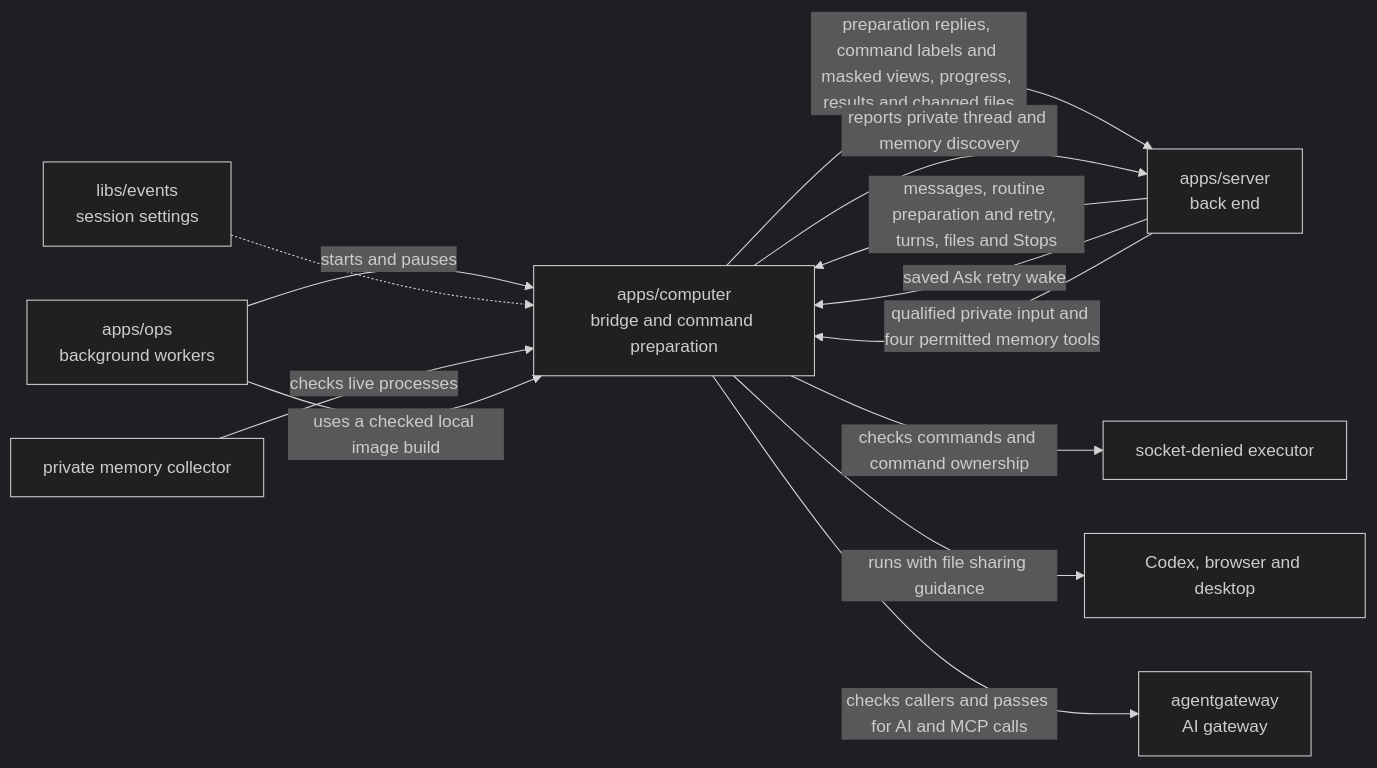
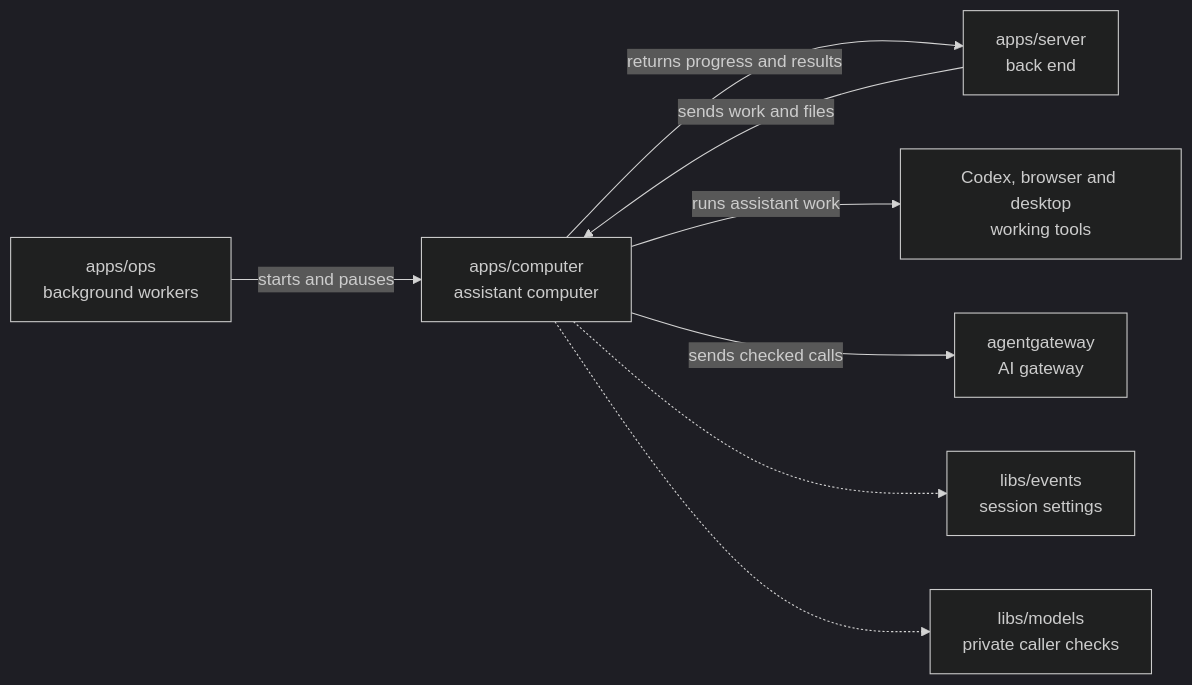
The diagram in apps/computer/README.md (elewa-git/opencrane-new), drawn with Mermaid (dark theme) before and after one commit. The commit also changed other lines of this file and 11 other files, not shown here.

````diff
--- a/apps/computer/README.md
+++ b/apps/computer/README.md
@@ -16,16 +18,10 @@
 ```mermaid
 flowchart LR
-  computer["apps/computer<br/>bridge and command preparation"]
-  ops["apps/ops<br/>background workers"] -->|starts and pauses| computer
-  server["apps/server<br/>back end"] -->|messages, routine preparation and retry, turns, files and Stops| computer
-  server -->|saved Ask retry wake| computer
-  computer -->|preparation replies, command labels and masked views, progress, results and changed files| server
-  settings["libs/events<br/>session settings"] -.-> computer
-  server -->|qualified private input and four permitted memory tools| computer
-  computer -->|reports private thread and memory discovery| server
-  computer -->|checks commands and command ownership| executor["socket-denied executor"]
-  computer -->|runs with file sharing guidance| desktop["Codex, browser and desktop"]
-  computer -->|checks callers and passes for AI and MCP calls| gateway["agentgateway<br/>AI gateway"]
-  collector["private memory collector"] -->|checks live processes| computer
-  ops -->|uses a checked local image build| computer
+  ops["apps/ops<br/>background workers"] -->|starts and pauses| computer["apps/computer<br/>assistant computer"]
+  server["apps/server<br/>back end"] -->|sends work and files| computer
+  computer -->|returns progress and results| server
+  computer -->|runs assistant work| desktop["Codex, browser and desktop<br/>working tools"]
+  computer -->|sends checked calls| gateway["agentgateway<br/>AI gateway"]
+  computer -.-> events["libs/events<br/>session settings"]
+  computer -.-> models["libs/models<br/>private caller checks"]
 ```
````
